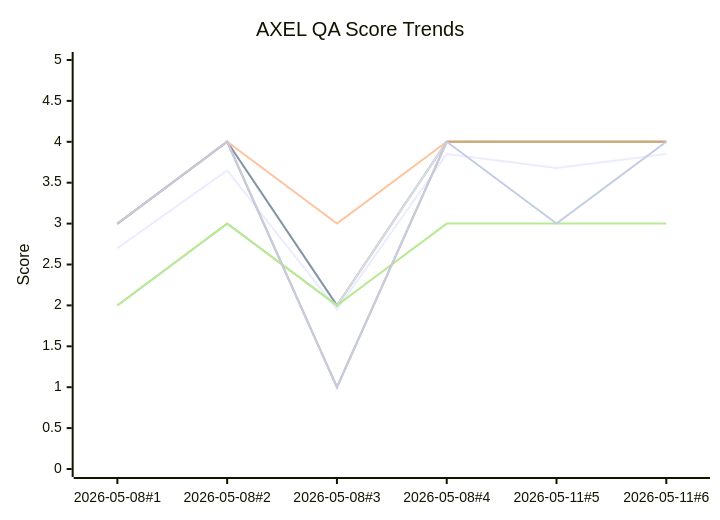
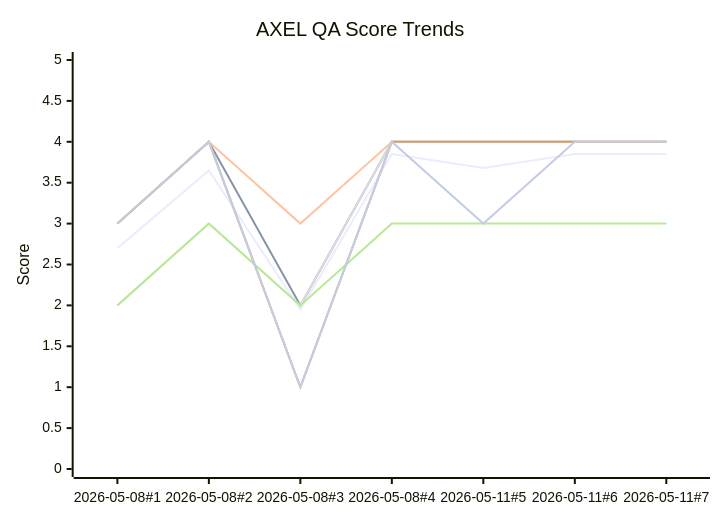
One commit to Wabbl0/AXEL changed the diagram in AXEL/axel_project/plans/qa/AXEL_QA_ANALYTICS.md. Above: the diagram before and after it, drawn with Mermaid. The commit also changed other lines of this file and 32 other files, not shown here.

````diff
--- a/AXEL/axel_project/plans/qa/AXEL_QA_ANALYTICS.md
+++ b/AXEL/axel_project/plans/qa/AXEL_QA_ANALYTICS.md
@@ -36,13 +36,13 @@
 ```mermaid
 xychart-beta
   title "AXEL QA Score Trends"
-  x-axis ["2026-05-08#1", "2026-05-08#2", "2026-05-08#3", "2026-05-08#4", "2026-05-11#5", "2026-05-11#6"]
+  x-axis ["2026-05-08#1", "2026-05-08#2", "2026-05-08#3", "2026-05-08#4", "2026-05-11#5", "2026-05-11#6", "2026-05-11#7"]
   y-axis "Score" 0 --> 5
-  line [2.7, 3.65, 1.95, 3.85, 3.68, 3.85]
-  line [3, 4, 2, 4, 4, 4]
-  line [3, 4, 3, 4, 4, 4]
-  line [2, 3, 2, 4, 4, 4]
-  line [2, 3, 2, 3, 3, 3]
-  line [3, 4, 1, 4, 4, 4]
-  line [3, 4, 1, 4, 3, 4]
+  line [2.7, 3.65, 1.95, 3.85, 3.68, 3.85, 3.85]
+  line [3, 4, 2, 4, 4, 4, 4]
+  line [3, 4, 3, 4, 4, 4, 4]
+  line [2, 3, 2, 4, 4, 4, 4]
+  line [2, 3, 2, 3, 3, 3, 3]
+  line [3, 4, 1, 4, 4, 4, 4]
+  line [3, 4, 1, 4, 3, 4, 4]
 ```
````
